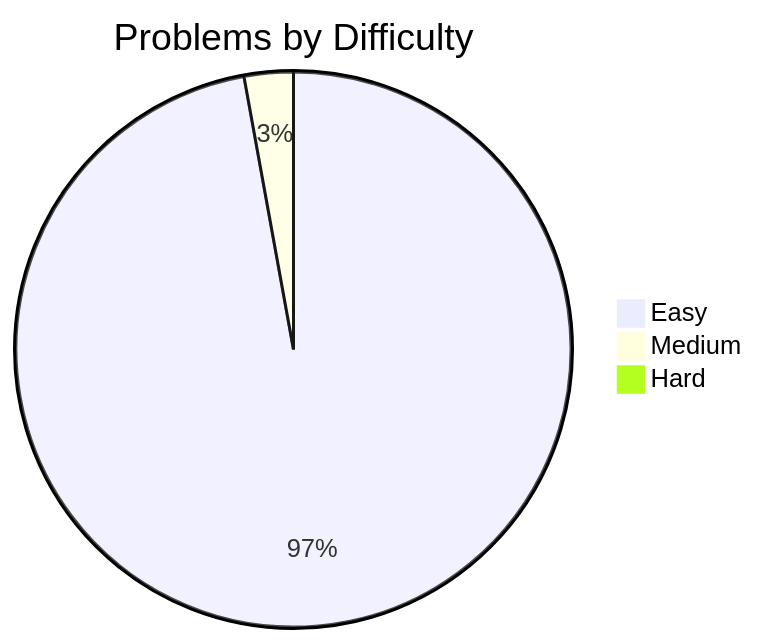
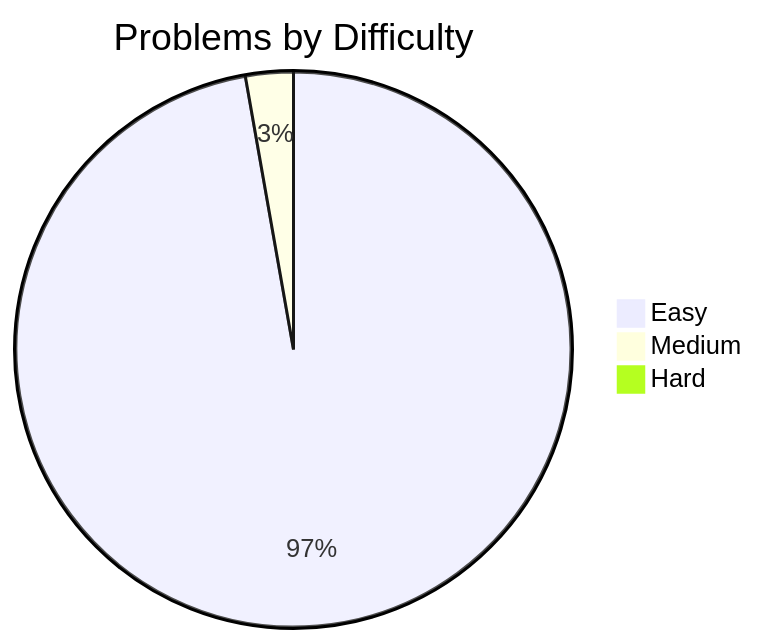
The diagram in README.md (davelin18yufan/leetcode-journal), drawn with Mermaid before and after one commit. The commit also changed other lines of this file and 4 other files, not shown here.

````diff
--- a/README.md
+++ b/README.md
@@ -7,7 +7,7 @@
 ```mermaid
 pie
     title Problems by Difficulty
-    "Easy" : 34
+    "Easy" : 35
     "Medium" : 1
     "Hard" : 0
 ```
````
